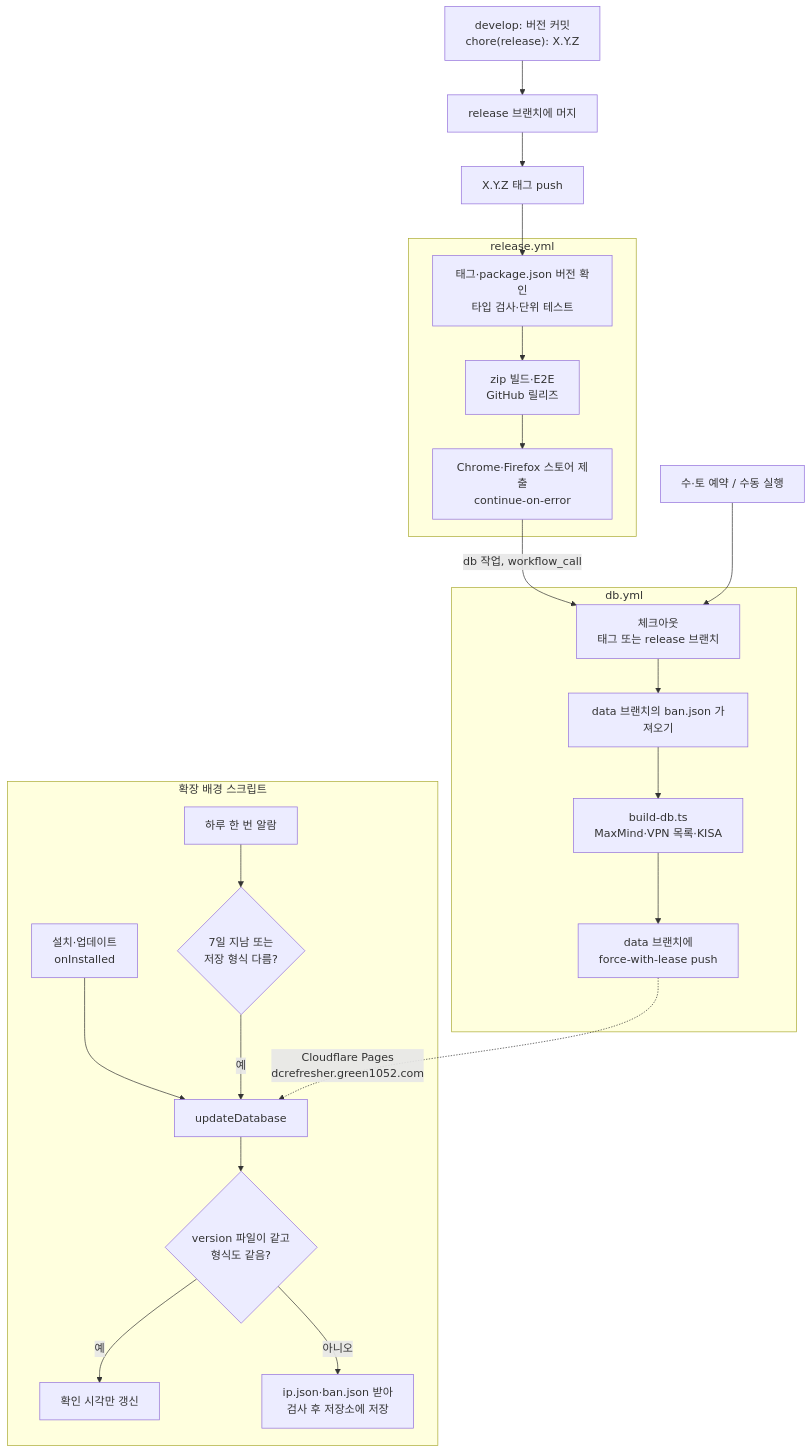
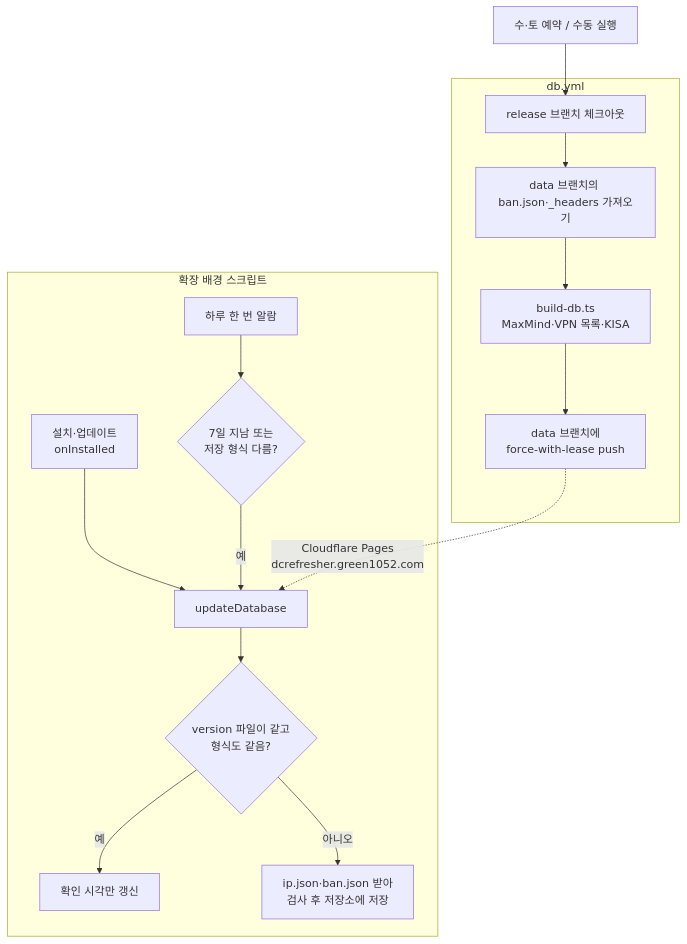
Before and after one commit to green1052/DCRefresher-Reborn: the sixth of 6 diagrams in docs/DEVELOPMENT.md, drawn with Mermaid. The commit also changed other lines of this file, not shown here.

Commit message:
docs: match the release, DB and test docs to the current workflows and code

````diff
--- a/docs/DEVELOPMENT.md
+++ b/docs/DEVELOPMENT.md
@@ -651,29 +656,20 @@
 ```mermaid
 flowchart TD
-    A["develop: 버전 커밋<br>chore(release): X.Y.Z"] --> B["release 브랜치에 머지"]
-    B --> C["X.Y.Z 태그 push"]
-
-    subgraph REL["release.yml"]
-        R1["태그·package.json 버전 확인<br>타입 검사·단위 테스트"] --> R2["zip 빌드·E2E<br>GitHub 릴리즈"]
-        R2 --> R3["Chrome·Firefox 스토어 제출<br>continue-on-error"]
-    end
-    C --> R1
+    CRON["수·토 예약 / 수동 실행"] --> D0
 
     subgraph DBW["db.yml"]
-        D0["체크아웃<br>태그 또는 release 브랜치"] --> D1["data 브랜치의 ban.json 가져오기"]
+        D0["release 브랜치 체크아웃"] --> D1["data 브랜치의 ban.json·_headers 가져오기"]
         D1 --> D2["build-db.ts<br>MaxMind·VPN 목록·KISA"]
         D2 --> D3["data 브랜치에<br>force-with-lease push"]
     end
-    R3 -->|"db 작업, workflow_call"| D0
-    CRON["수·토 예약 / 수동 실행"] --> D0
 
     subgraph EXT["확장 배경 스크립트"]
         E1["설치·업데이트<br>onInstalled"] --> U["updateDatabase"]
         E2["하루 한 번 알람"] --> E3{"7일 지남 또는<br>저장 형식 다름?"}
         E3 -->|"예"| U
         U --> V{"version 파일이 같고<br>형식도 같음?"}
         V -->|"예"| T["확인 시각만 갱신"]
         V -->|"아니오"| G["ip.json·ban.json 받아<br>검사 후 저장소에 저장"]
     end
     D3 -.->|"Cloudflare Pages<br>dcrefresher.green1052.com"| U
 ```
````
